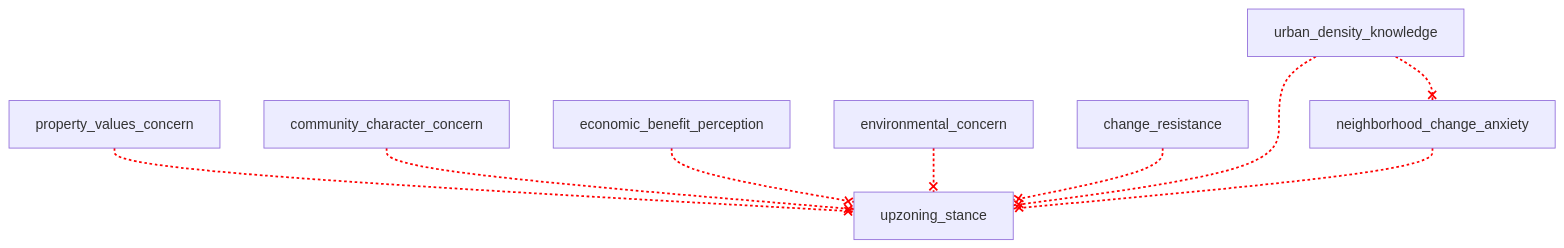
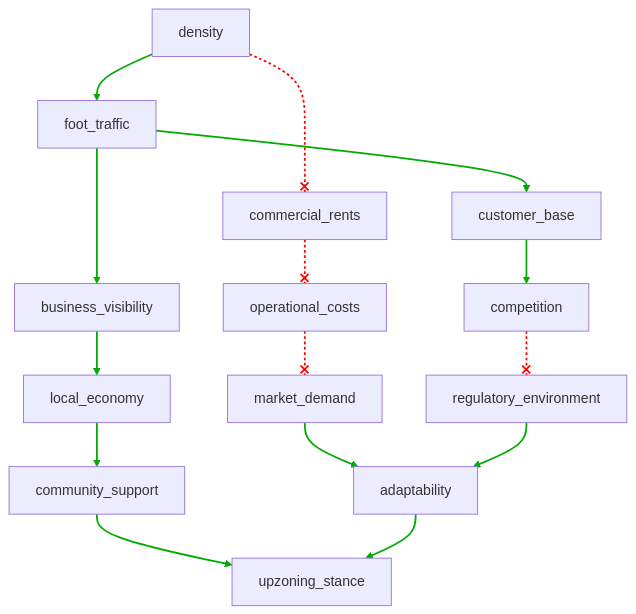
Before and after one commit to jajamoa/generative-minds: the diagram in data/samples_scm/sample_8.mmd, drawn with Mermaid. The commit also changed 115 other files, not shown here.

````diff
--- a/data/samples_scm/sample_8.mmd
+++ b/data/samples_scm/sample_8.mmd
@@ -1,29 +1,44 @@
 ```mermaid
 flowchart TD
-    n1[property_values_concern]
-    n2[community_character_concern]
-    n3[economic_benefit_perception]
-    n4[environmental_concern]
-    n5[change_resistance]
-    n6[urban_density_knowledge]
-    n7[neighborhood_change_anxiety]
-    n8[upzoning_stance]
-
-    n1 --x n8
-    n2 --x n8
-    n3 --x n8
-    n4 --x n8
-    n5 --x n8
-    n6 --x n8
-    n6 --x n7
-    n7 --x n8
-
-    linkStyle 0 stroke:#FF0000,stroke-dasharray:3,stroke-width:2px
-    linkStyle 1 stroke:#FF0000,stroke-dasharray:3,stroke-width:2px
-    linkStyle 2 stroke:#FF0000,stroke-dasharray:3,stroke-width:2px
-    linkStyle 3 stroke:#FF0000,stroke-dasharray:3,stroke-width:2px
-    linkStyle 4 stroke:#FF0000,stroke-dasharray:3,stroke-width:2px
-    linkStyle 5 stroke:#FF0000,stroke-dasharray:3,stroke-width:2px
-    linkStyle 6 stroke:#FF0000,stroke-dasharray:3,stroke-width:2px
-    linkStyle 7 stroke:#FF0000,stroke-dasharray:3,stroke-width:2px
+n1[density]
+n2[foot_traffic]
+n3[commercial_rents]
+n4[customer_base]
+n5[business_visibility]
+n6[operational_costs]
+n7[competition]
+n8[local_economy]
+n9[market_demand]
+n10[regulatory_environment]
+n11[community_support]
+n12[adaptability]
+n13[upzoning_stance]
+n1 --> n2
+n1 --x n3
+n2 --> n4
+n2 --> n5
+n3 --x n6
+n4 --> n7
+n5 --> n8
+n6 --x n9
+n7 --x n10
+n8 --> n11
+n9 --> n12
+n10 --> n12
+n11 --> n13
+n12 --> n13
+linkStyle 0 stroke:#00AA00,stroke-width:2px
+linkStyle 1 stroke:#FF0000,stroke-dasharray:3,stroke-width:2px
+linkStyle 2 stroke:#00AA00,stroke-width:2px
+linkStyle 3 stroke:#00AA00,stroke-width:2px
+linkStyle 4 stroke:#FF0000,stroke-dasharray:3,stroke-width:2px
+linkStyle 5 stroke:#00AA00,stroke-width:2px
+linkStyle 6 stroke:#00AA00,stroke-width:2px
+linkStyle 7 stroke:#FF0000,stroke-dasharray:3,stroke-width:2px
+linkStyle 8 stroke:#FF0000,stroke-dasharray:3,stroke-width:2px
+linkStyle 9 stroke:#00AA00,stroke-width:2px
+linkStyle 10 stroke:#00AA00,stroke-width:2px
+linkStyle 11 stroke:#00AA00,stroke-width:2px
+linkStyle 12 stroke:#00AA00,stroke-width:2px
+linkStyle 13 stroke:#00AA00,stroke-width:2px
 ```
````
